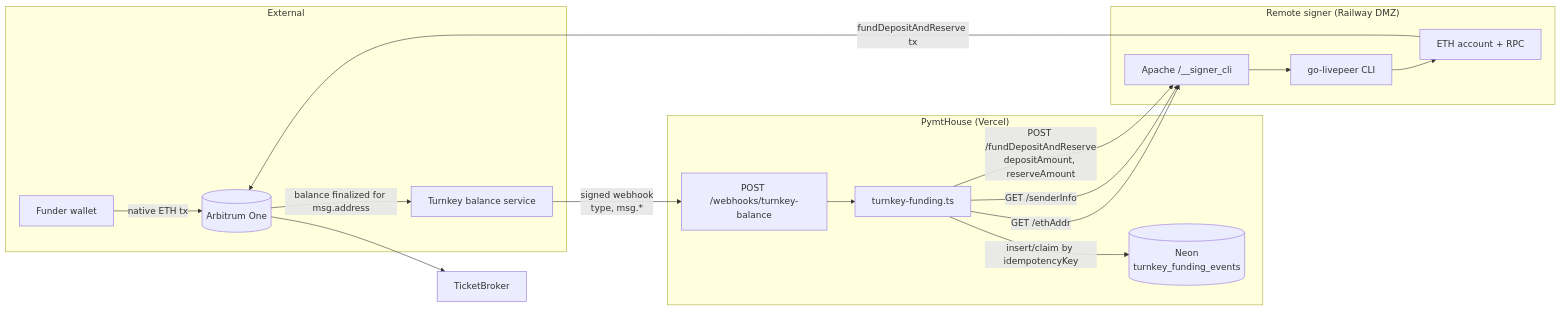
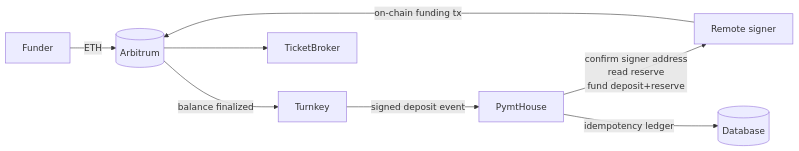
Before and after one commit to pymthouse/pymthouse: the first of 5 diagrams in docs/turnkey-ticket-funding.md, drawn with Mermaid. The commit also changed other lines of this file and 1 other file, not shown here.

First line of the commit message:
docs: raise Turnkey funding doc to architectural level

````diff
--- a/docs/turnkey-ticket-funding.md
+++ b/docs/turnkey-ticket-funding.md
@@ -57,35 +38,10 @@
 ```mermaid
 flowchart LR
-  subgraph External
-    Funder[Funder wallet]
-    Arb[(Arbitrum One)]
-    TK[Turnkey balance service]
-  end
-
-  subgraph PymtHouse["PymtHouse (Vercel)"]
-    WH["POST /webhooks/turnkey-balance"]
-    Logic["turnkey-funding.ts"]
-    DB[(Neon<br/>turnkey_funding_events)]
-  end
-
-  subgraph Signer["Remote signer (Railway DMZ)"]
-    Apache[Apache /__signer_cli]
-    CLI[go-livepeer CLI]
-    EthClient[ETH account + RPC]
-  end
-
-  Broker[TicketBroker]
-
-  Funder -->|native ETH tx| Arb
-  Arb -->|balance finalized for msg.address| TK
-  TK -->|"signed webhook<br/>type, msg.*"| WH
-  WH --> Logic
-  Logic -->|GET /ethAddr| Apache
-  Logic -->|insert/claim by idempotencyKey| DB
-  Logic -->|GET /senderInfo| Apache
-  Logic -->|"POST /fundDepositAndReserve<br/>depositAmount, reserveAmount"| Apache
-  Apache --> CLI
-  CLI --> EthClient
-  EthClient -->|fundDepositAndReserve tx| Arb
-  Arb --> Broker
+  Funder[Funder] -->|ETH| Chain[(Arbitrum)]
+  Chain -->|balance finalized| Turnkey
+  Turnkey -->|signed deposit event| PymtHouse
+  PymtHouse -->|confirm signer address<br/>read reserve<br/>fund deposit+reserve| Signer[Remote signer]
+  PymtHouse -->|idempotency ledger| DB[(Database)]
+  Signer -->|on-chain funding tx| Chain
+  Chain --> Broker[TicketBroker]
 ```
````
